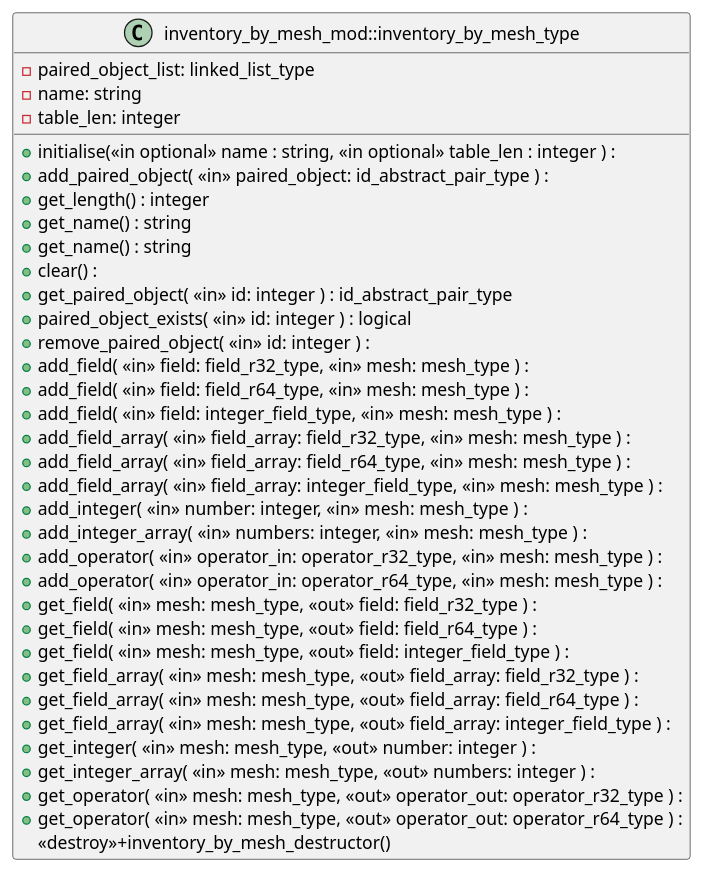
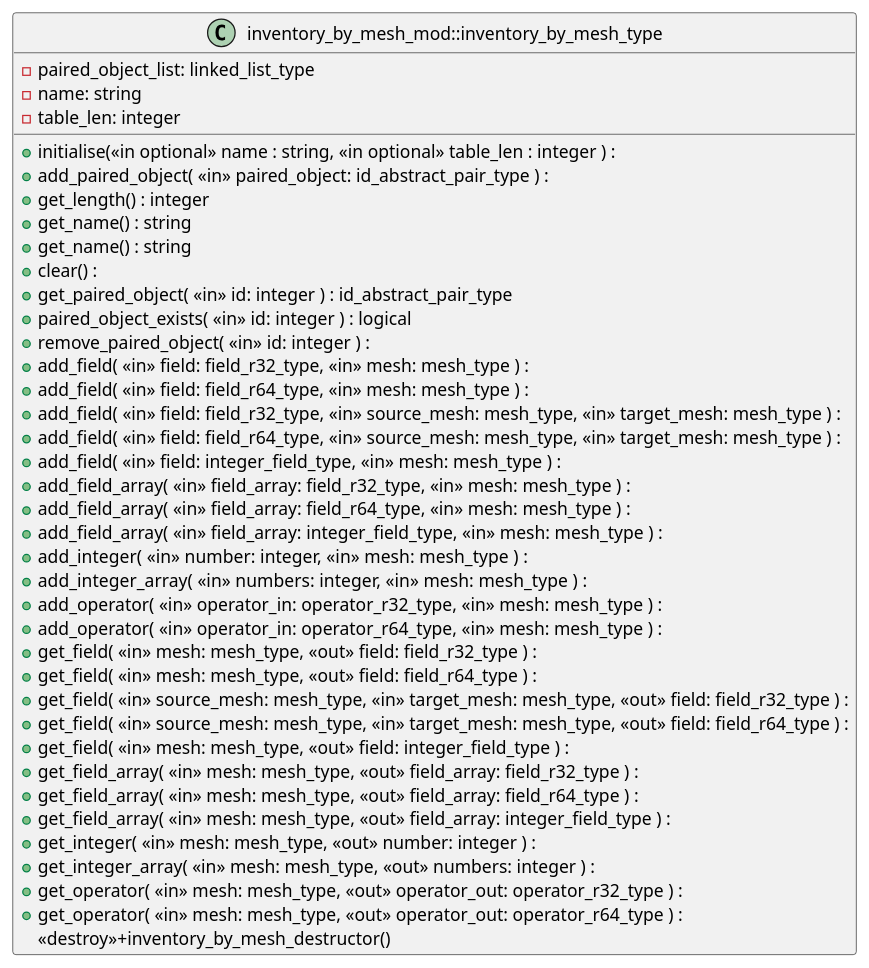
One commit to stfc/lfric_core changed the diagram in components/inventory/documentation/uml/inventory/inventory_by_mesh_mod.iuml. Above: the diagram before and after it, drawn with PlantUML. The commit also changed 62 other files, not shown here.

```diff
--- a/components/inventory/documentation/uml/inventory/inventory_by_mesh_mod.iuml
+++ b/components/inventory/documentation/uml/inventory/inventory_by_mesh_mod.iuml
@@ -1,40 +1,44 @@
 ' (C) Crown copyright 2022 Met Office. All rights reserved.
 ' The file LICENCE, distributed with this code, contains details of the terms
 ' under which the code may be used.
 
 class inventory_by_mesh_mod::inventory_by_mesh_type {
   -paired_object_list: linked_list_type
   -name: string
   -table_len: integer
 
   +initialise(<<in optional>> name : string, <<in optional>> table_len : integer ) :
   +add_paired_object( <<in>> paired_object: id_abstract_pair_type ) :
   +get_length() : integer
   +get_name() : string
   +get_name() : string
   +clear() :
   +get_paired_object( <<in>> id: integer ) : id_abstract_pair_type
   +paired_object_exists( <<in>> id: integer ) : logical
   +remove_paired_object( <<in>> id: integer ) :
   +add_field( <<in>> field: field_r32_type, <<in>> mesh: mesh_type ) :
   +add_field( <<in>> field: field_r64_type, <<in>> mesh: mesh_type ) :
+  +add_field( <<in>> field: field_r32_type, <<in>> source_mesh: mesh_type, <<in>> target_mesh: mesh_type ) :
+  +add_field( <<in>> field: field_r64_type, <<in>> source_mesh: mesh_type, <<in>> target_mesh: mesh_type ) :
   +add_field( <<in>> field: integer_field_type, <<in>> mesh: mesh_type ) :
   +add_field_array( <<in>> field_array: field_r32_type, <<in>> mesh: mesh_type ) :
   +add_field_array( <<in>> field_array: field_r64_type, <<in>> mesh: mesh_type ) :
   +add_field_array( <<in>> field_array: integer_field_type, <<in>> mesh: mesh_type ) :
   +add_integer( <<in>> number: integer, <<in>> mesh: mesh_type ) :
   +add_integer_array( <<in>> numbers: integer, <<in>> mesh: mesh_type ) :
   +add_operator( <<in>> operator_in: operator_r32_type, <<in>> mesh: mesh_type ) :
   +add_operator( <<in>> operator_in: operator_r64_type, <<in>> mesh: mesh_type ) :
   +get_field( <<in>> mesh: mesh_type, <<out>> field: field_r32_type ) :
   +get_field( <<in>> mesh: mesh_type, <<out>> field: field_r64_type ) :
+  +get_field( <<in>> source_mesh: mesh_type, <<in>> target_mesh: mesh_type, <<out>> field: field_r32_type ) :
+  +get_field( <<in>> source_mesh: mesh_type, <<in>> target_mesh: mesh_type, <<out>> field: field_r64_type ) :
   +get_field( <<in>> mesh: mesh_type, <<out>> field: integer_field_type ) :
   +get_field_array( <<in>> mesh: mesh_type, <<out>> field_array: field_r32_type ) :
   +get_field_array( <<in>> mesh: mesh_type, <<out>> field_array: field_r64_type ) :
   +get_field_array( <<in>> mesh: mesh_type, <<out>> field_array: integer_field_type ) :
   +get_integer( <<in>> mesh: mesh_type, <<out>> number: integer ) :
   +get_integer_array( <<in>> mesh: mesh_type, <<out>> numbers: integer ) :
   +get_operator( <<in>> mesh: mesh_type, <<out>> operator_out: operator_r32_type ) :
   +get_operator( <<in>> mesh: mesh_type, <<out>> operator_out: operator_r64_type ) :
   <<destroy>>+inventory_by_mesh_destructor()
 }
```
